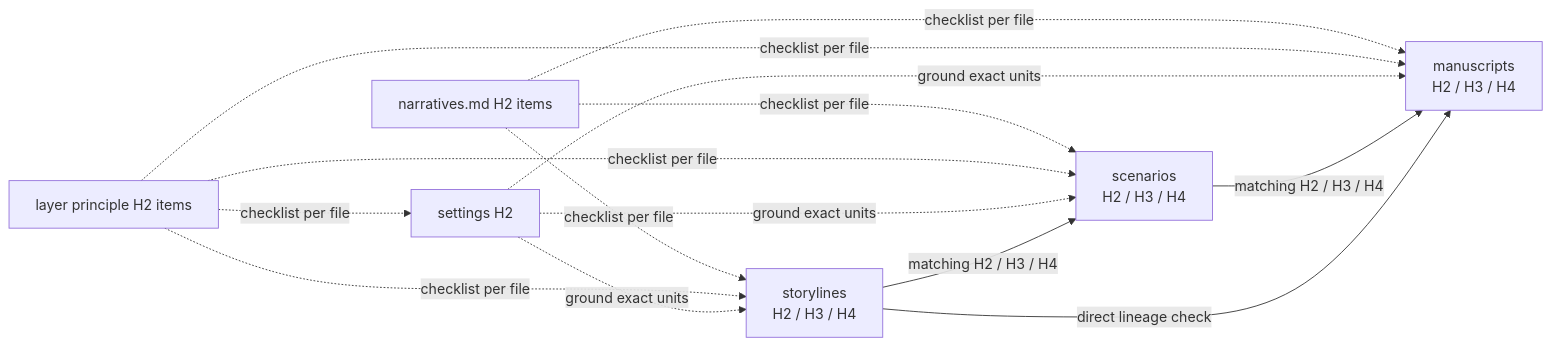
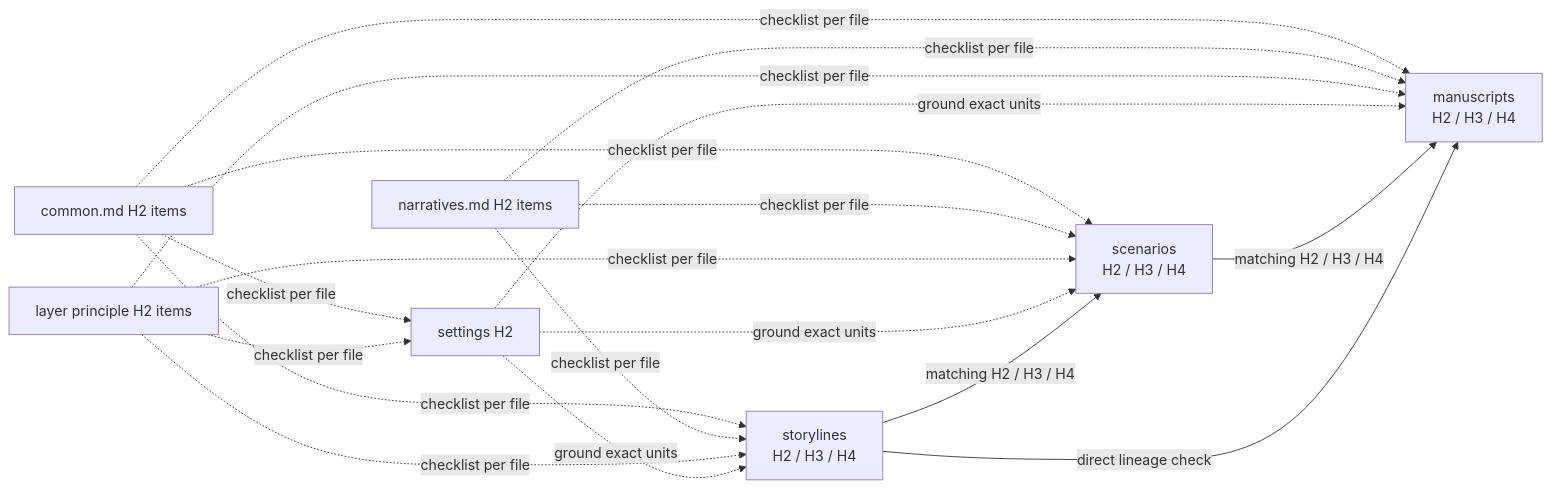
The diagram in .agents/skills/novel/SKILL.md (samchon/novels), drawn with Mermaid before and after one commit. The commit also changed other lines of this file and 14 other files, not shown here.

````diff
--- a/.agents/skills/novel/SKILL.md
+++ b/.agents/skills/novel/SKILL.md
@@ -10,16 +10,20 @@
 ```mermaid
 flowchart LR
-  PC["narratives.md H2 items"] -. "checklist per file" .-> T["storylines<br/>H2 / H3 / H4"]
-  PC -. "checklist per file" .-> S["scenarios<br/>H2 / H3 / H4"]
-  PC -. "checklist per file" .-> M["manuscripts<br/>H2 / H3 / H4"]
-  PL["layer principle H2 items"] -. "checklist per file" .-> F["settings H2"]
+  CM["common.md H2 items"] -. "checklist per file" .-> F["settings H2"]
+  CM -. "checklist per file" .-> T["storylines<br/>H2 / H3 / H4"]
+  CM -. "checklist per file" .-> S["scenarios<br/>H2 / H3 / H4"]
+  CM -. "checklist per file" .-> M["manuscripts<br/>H2 / H3 / H4"]
+  PC["narratives.md H2 items"] -. "checklist per file" .-> T
+  PC -. "checklist per file" .-> S
+  PC -. "checklist per file" .-> M
+  PL["layer principle H2 items"] -. "checklist per file" .-> F
   PL -. "checklist per file" .-> T
   PL -. "checklist per file" .-> S
   PL -. "checklist per file" .-> M
   F -. "ground exact units" .-> T
   F -. "ground exact units" .-> S
   F -. "ground exact units" .-> M
   T -->|"matching H2 / H3 / H4"| S
   S -->|"matching H2 / H3 / H4"| M
   T -->|"direct lineage check"| M
 ```
````
